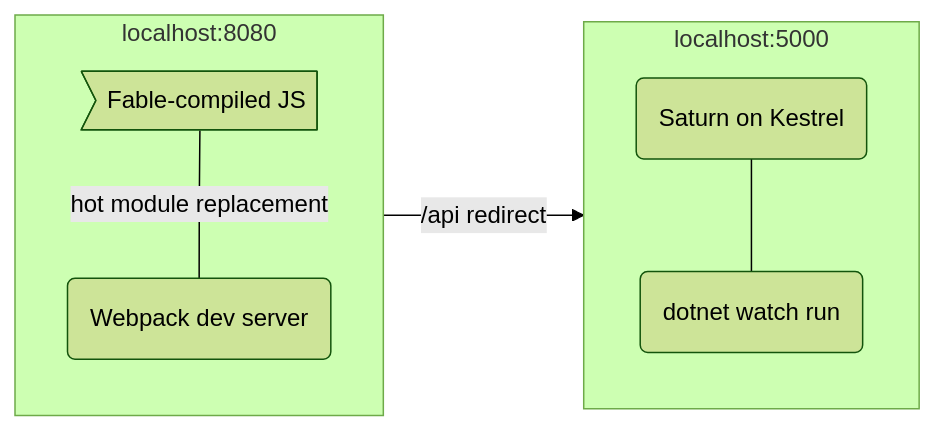
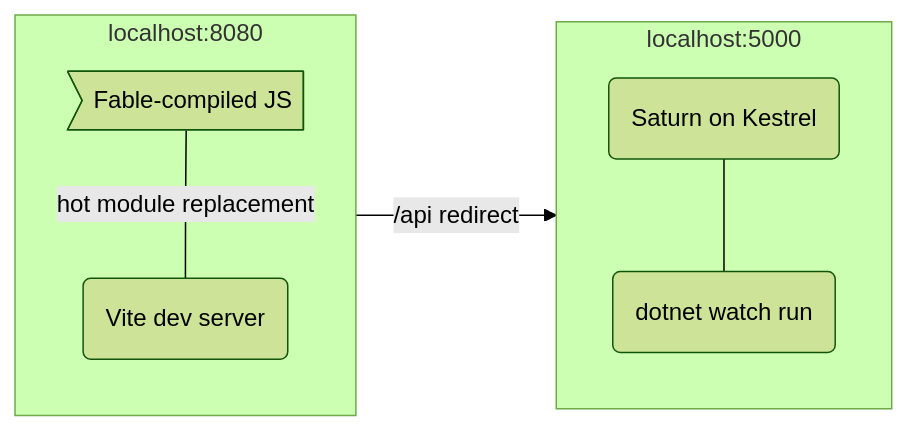
The first of 2 diagrams in docs/faq-build.md (SAFE-Stack/docs), drawn with Mermaid (forest theme) before and after one commit. The commit also changed other lines of this file and 5 other files, not shown here.

````diff
--- a/docs/faq-build.md
+++ b/docs/faq-build.md
@@ -12,14 +12,14 @@
 ```mermaid
 flowchart LR
 subgraph c[localhost:8080]
 js>Fable-compiled JS]
-webpack(Webpack dev server)
-js -- hot module replacement --- webpack
+vite(Vite dev server)
+js -- hot module replacement --- vite
 end
 subgraph s[localhost:5000]
 dotnet(dotnet watch run)
 saturn(Saturn on Kestrel)
 saturn --- dotnet
 end
 c -- /api redirect --> s
 ```
````
